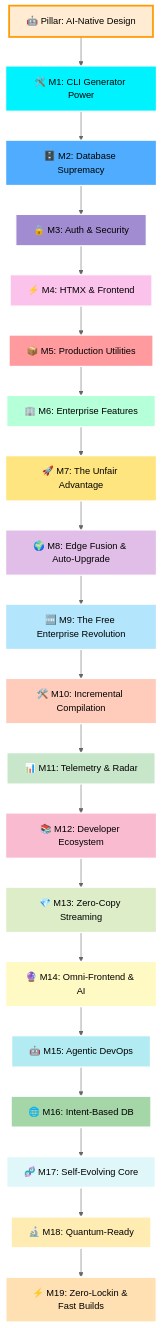
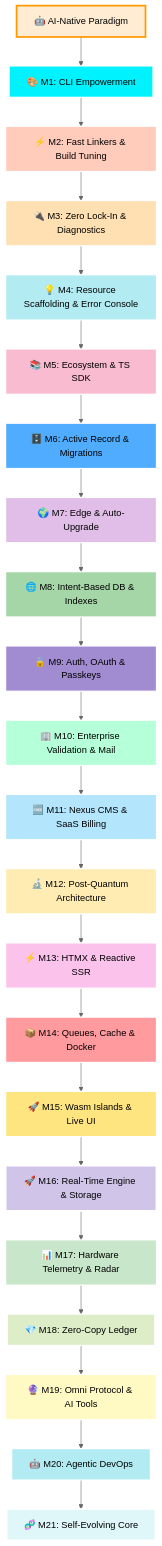
Before and after one commit to Rullst/Rullst: the diagram in ROADMAP.md, drawn with Mermaid (neutral theme). The commit also changed other lines of this file and 17 other files, not shown here.

Commit message:
feat: introduce resource generator, pkg manager, and enhanced dev server capabilities

````diff
--- a/ROADMAP.md
+++ b/ROADMAP.md
@@ -44,43 +49,47 @@
 ```mermaid
 graph TD
-    M0["🤖 Pillar: AI-Native Design"] --> M1["🛠️ M1: CLI Generator Power"]
-    M1 --> M2["🗄️ M2: Database Supremacy"]
-    M2 --> M3["🔒 M3: Auth & Security"]
-    M3 --> M4["⚡ M4: HTMX & Frontend"]
-    M4 --> M5["📦 M5: Production Utilities"]
-    M5 --> M6["🏢 M6: Enterprise Features"]
-    M6 --> M7["🚀 M7: The Unfair Advantage"]
-    M7 --> M8["🌍 M8: Edge Fusion & Auto-Upgrade"]
-    M8 --> M9["🆓 M9: The Free Enterprise Revolution"]
-    M9 --> M10["🛠️ M10: Incremental Compilation"]
-    M10 --> M11["📊 M11: Telemetry & Radar"]
-    M11 --> M12["📚 M12: Developer Ecosystem"]
-    M12 --> M13["💎 M13: Zero-Copy Streaming"]
-    M13 --> M14["🔮 M14: Omni-Frontend & AI"]
-    M14 --> M15["🤖 M15: Agentic DevOps"]
-    M15 --> M16["🌐 M16: Intent-Based DB"]
-    M16 --> M17["🧬 M17: Self-Evolving Core"]
-    M17 --> M18["🔬 M18: Quantum-Ready"]
-    M18 --> M19["⚡ M19: Zero-Lockin & Fast Builds"]
+    M0["🤖 AI-Native Paradigm"] --> M1["🎨 M1: CLI Empowerment"]
+    M1 --> M2["⚡ M2: Fast Linkers & Build Tuning"]
+    M2 --> M3["🔌 M3: Zero Lock-In & Diagnostics"]
+    M3 --> M4["💡 M4: Resource Scaffolding & Error Console"]
+    M4 --> M5["📚 M5: Ecosystem & TS SDK"]
+    M5 --> M6["🗄️ M6: Active Record & Migrations"]
+    M6 --> M7["🌍 M7: Edge & Auto-Upgrade"]
+    M7 --> M8["🌐 M8: Intent-Based DB & Indexes"]
+    M8 --> M9["🔒 M9: Auth, OAuth & Passkeys"]
+    M9 --> M10["🏢 M10: Enterprise Validation & Mail"]
+    M10 --> M11["🆓 M11: Nexus CMS & SaaS Billing"]
+    M11 --> M12["🔬 M12: Post-Quantum Architecture"]
+    M12 --> M13["⚡ M13: HTMX & Reactive SSR"]
+    M13 --> M14["📦 M14: Queues, Cache & Docker"]
+    M14 --> M15["🚀 M15: Wasm Islands & Live UI"]
+    M15 --> M16["🚀 M16: Real-Time Engine & Storage"]
+    M16 --> M17["📊 M17: Hardware Telemetry & Radar"]
+    M17 --> M18["💎 M18: Zero-Copy Ledger"]
+    M18 --> M19["🔮 M19: Omni Protocol & AI Tools"]
+    M19 --> M20["🤖 M20: Agentic DevOps"]
+    M20 --> M21["🧬 M21: Self-Evolving Core"]
 
     style M0  fill:#ffecd2,stroke:#ff9a00,stroke-width:3px,color:#000
     style M1  fill:#00f2fe,stroke:#fff,stroke-width:2px,color:#000
-    style M2  fill:#4facfe,stroke:#fff,stroke-width:2px,color:#000
-    style M3  fill:#a18cd1,stroke:#fff,stroke-width:2px,color:#000
-    style M4  fill:#fbc2eb,stroke:#fff,stroke-width:2px,color:#000
-    style M5  fill:#ff9a9e,stroke:#fff,stroke-width:2px,color:#000
-    style M6  fill:#b5ffd9,stroke:#fff,stroke-width:2px,color:#000
-    style M7  fill:#ffe57f,stroke:#fff,stroke-width:2px,color:#000
-    style M8  fill:#e1bee7,stroke:#fff,stroke-width:2px,color:#000
-    style M9  fill:#b3e5fc,stroke:#fff,stroke-width:2px,color:#000
-    style M10 fill:#ffccbc,stroke:#fff,stroke-width:2px,color:#000
-    style M11 fill:#c8e6c9,stroke:#fff,stroke-width:2px,color:#000
-    style M12 fill:#f8bbd0,stroke:#fff,stroke-width:2px,color:#000
-    style M13 fill:#dcedc8,stroke:#fff,stroke-width:2px,color:#000
-    style M14 fill:#fff9c4,stroke:#fff,stroke-width:2px,color:#000
-    style M15 fill:#b2ebf2,stroke:#fff,stroke-width:2px,color:#000
-    style M16 fill:#a5d6a7,stroke:#fff,stroke-width:3px,color:#000
-    style M17 fill:#e0f7fa,stroke:#fff,stroke-width:3px,color:#000
-    style M18 fill:#ffecb3,stroke:#fff,stroke-width:3px,color:#000
-    style M19 fill:#ffe0b2,stroke:#fff,stroke-width:3px,color:#000
+    style M2  fill:#ffccbc,stroke:#fff,stroke-width:2px,color:#000
+    style M3  fill:#ffe0b2,stroke:#fff,stroke-width:2px,color:#000
+    style M4  fill:#b2ebf2,stroke:#fff,stroke-width:2px,color:#000
+    style M5  fill:#f8bbd0,stroke:#fff,stroke-width:2px,color:#000
+    style M6  fill:#4facfe,stroke:#fff,stroke-width:2px,color:#000
+    style M7  fill:#e1bee7,stroke:#fff,stroke-width:2px,color:#000
+    style M8  fill:#a5d6a7,stroke:#fff,stroke-width:2px,color:#000
+    style M9  fill:#a18cd1,stroke:#fff,stroke-width:2px,color:#000
+    style M10 fill:#b5ffd9,stroke:#fff,stroke-width:2px,color:#000
+    style M11 fill:#b3e5fc,stroke:#fff,stroke-width:2px,color:#000
+    style M12 fill:#ffecb3,stroke:#fff,stroke-width:2px,color:#000
+    style M13 fill:#fbc2eb,stroke:#fff,stroke-width:2px,color:#000
+    style M14 fill:#ff9a9e,stroke:#fff,stroke-width:2px,color:#000
+    style M15 fill:#ffe57f,stroke:#fff,stroke-width:2px,color:#000
+    style M16 fill:#d1c4e9,stroke:#fff,stroke-width:3px,color:#000
+    style M17 fill:#c8e6c9,stroke:#fff,stroke-width:2px,color:#000
+    style M18 fill:#dcedc8,stroke:#fff,stroke-width:2px,color:#000
+    style M19 fill:#fff9c4,stroke:#fff,stroke-width:2px,color:#000
+    style M20 fill:#b2ebf2,stroke:#fff,stroke-width:2px,color:#000
+    style M21 fill:#e0f7fa,stroke:#fff,stroke-width:3px,color:#000
 ```
````
